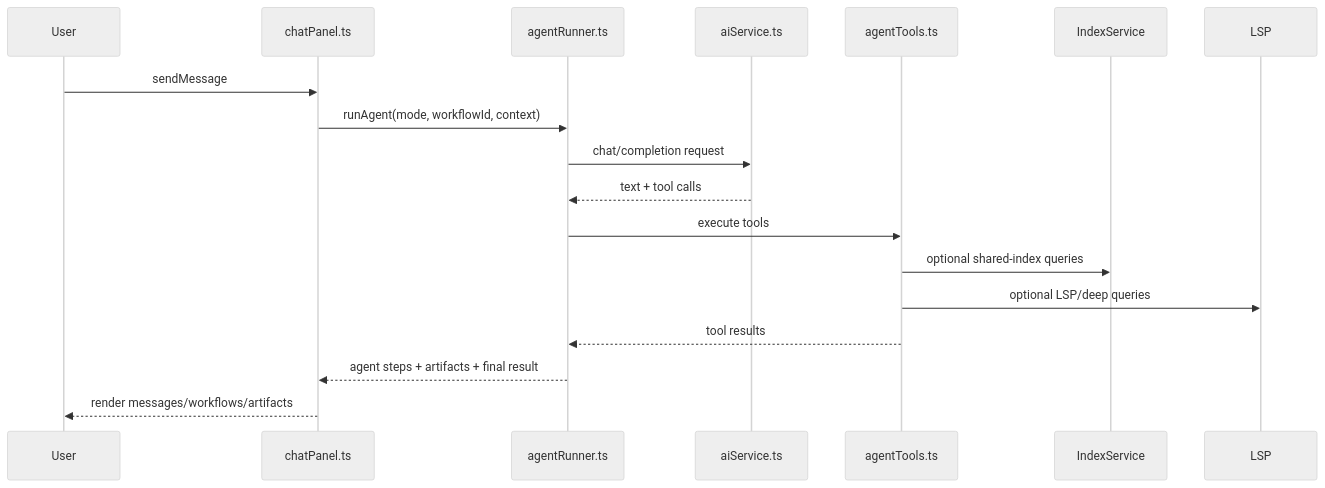
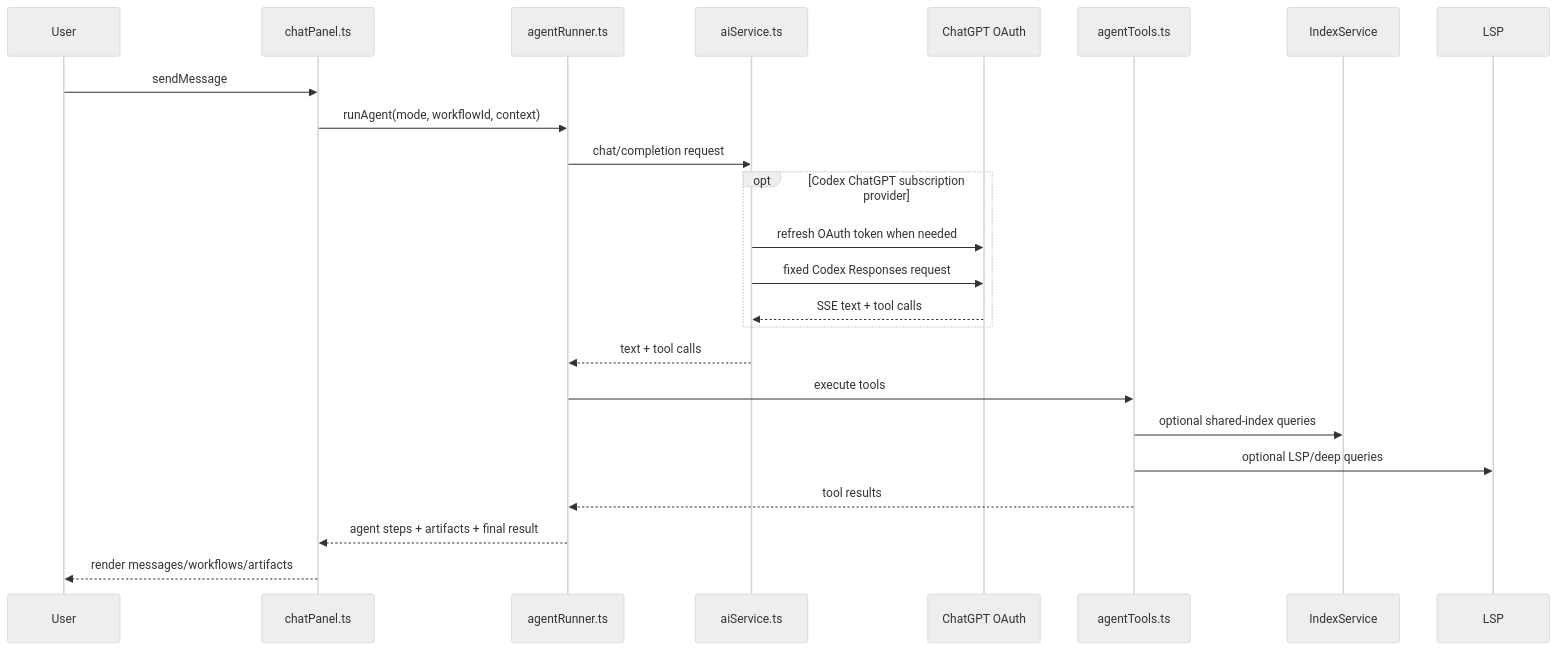
Before and after one commit to Aa728848/cwtools-vscode: the second of 4 diagrams in ARCHITECTURE.md, drawn with Mermaid (neutral theme). The commit also changed other lines of this file and 27 other files, not shown here.

Commit message:
feat: implement AI chat panel and agent orchestration architecture

````diff
--- a/ARCHITECTURE.md
+++ b/ARCHITECTURE.md
@@ -149,21 +149,27 @@
 ```mermaid
 sequenceDiagram
     participant User as User
     participant Chat as chatPanel.ts
     participant Runner as agentRunner.ts
     participant Service as aiService.ts
+    participant OAuth as ChatGPT OAuth
     participant Tools as agentTools.ts
     participant Index as IndexService
     participant LSP as LSP
 
     User->>Chat: sendMessage
     Chat->>Runner: runAgent(mode, workflowId, context)
     Runner->>Service: chat/completion request
+    opt Codex ChatGPT subscription provider
+        Service->>OAuth: refresh OAuth token when needed
+        Service->>OAuth: fixed Codex Responses request
+        OAuth-->>Service: SSE text + tool calls
+    end
     Service-->>Runner: text + tool calls
     Runner->>Tools: execute tools
     Tools->>Index: optional shared-index queries
     Tools->>LSP: optional LSP/deep queries
     Tools-->>Runner: tool results
     Runner-->>Chat: agent steps + artifacts + final result
     Chat-->>User: render messages/workflows/artifacts
 ```
````
